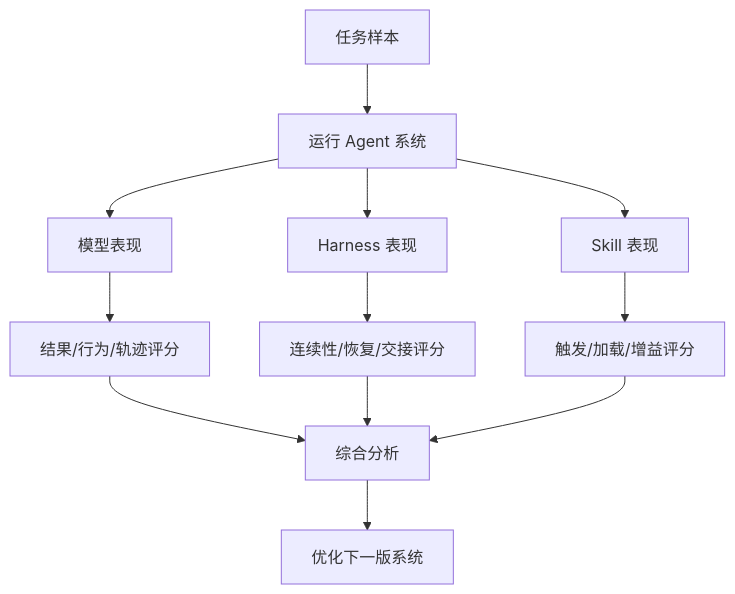
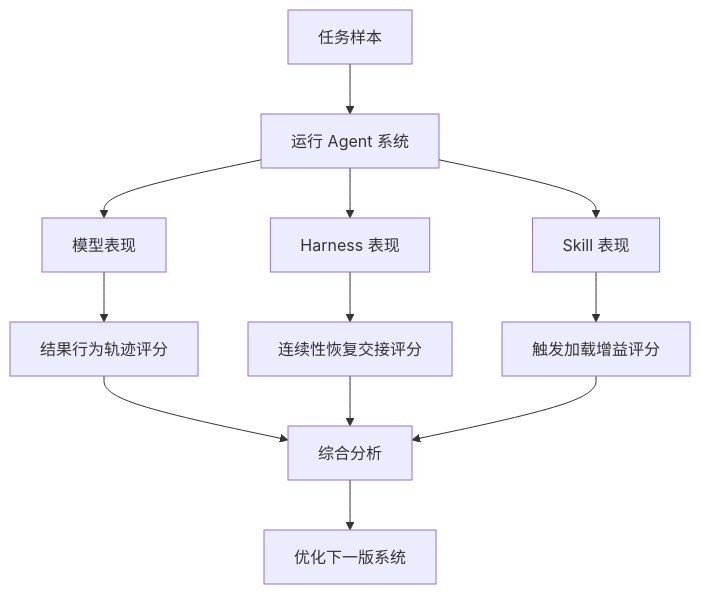
The first of 3 diagrams in docs/06-eval-evolution/harness-skill-evaluation.md (xiaoqianbaobao/ai-guide), drawn with Mermaid before and after one commit. The commit also changed other lines of this file and 14 other files, not shown here.

Commit message:
修复前端mermaid语法错误问题

````diff
--- a/docs/06-eval-evolution/harness-skill-evaluation.md
+++ b/docs/06-eval-evolution/harness-skill-evaluation.md
@@ -68,14 +68,14 @@
 ```mermaid
 flowchart TD
     A[任务样本] --> B[运行 Agent 系统]
     B --> C[模型表现]
     B --> D[Harness 表现]
     B --> E[Skill 表现]
-    C --> F[结果/行为/轨迹评分]
-    D --> G[连续性/恢复/交接评分]
-    E --> H[触发/加载/增益评分]
+    C --> F[结果行为轨迹评分]
+    D --> G[连续性恢复交接评分]
+    E --> H[触发加载增益评分]
     F --> I[综合分析]
     G --> I
     H --> I
     I --> J[优化下一版系统]
 ```
````
